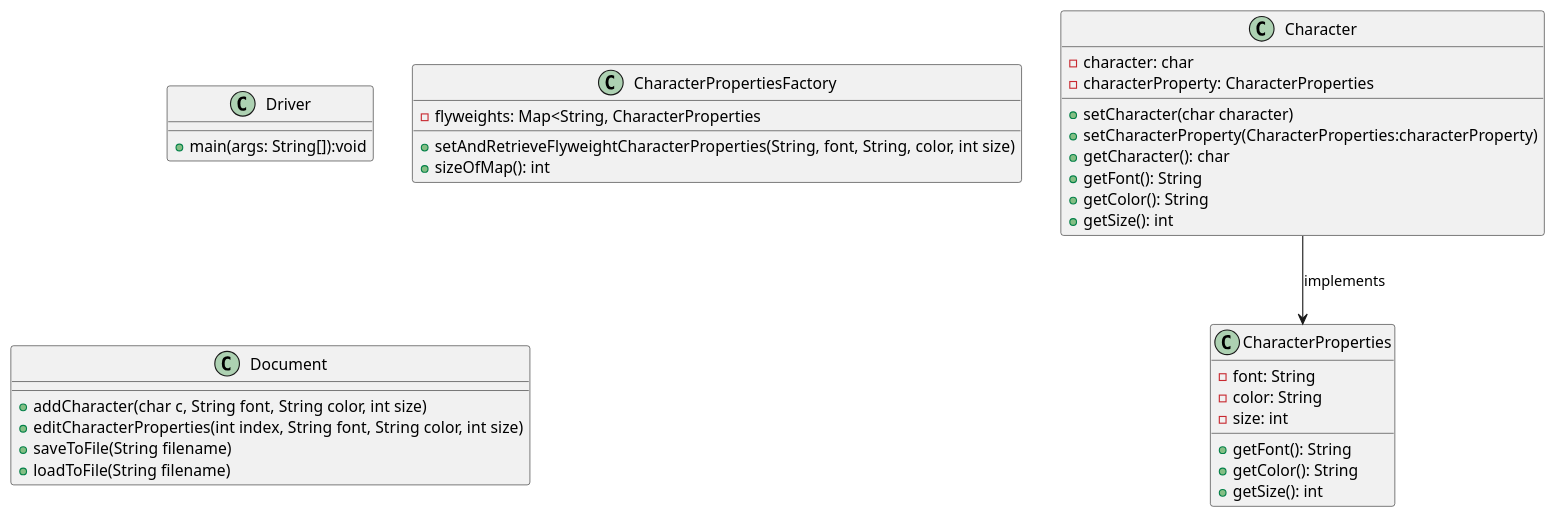
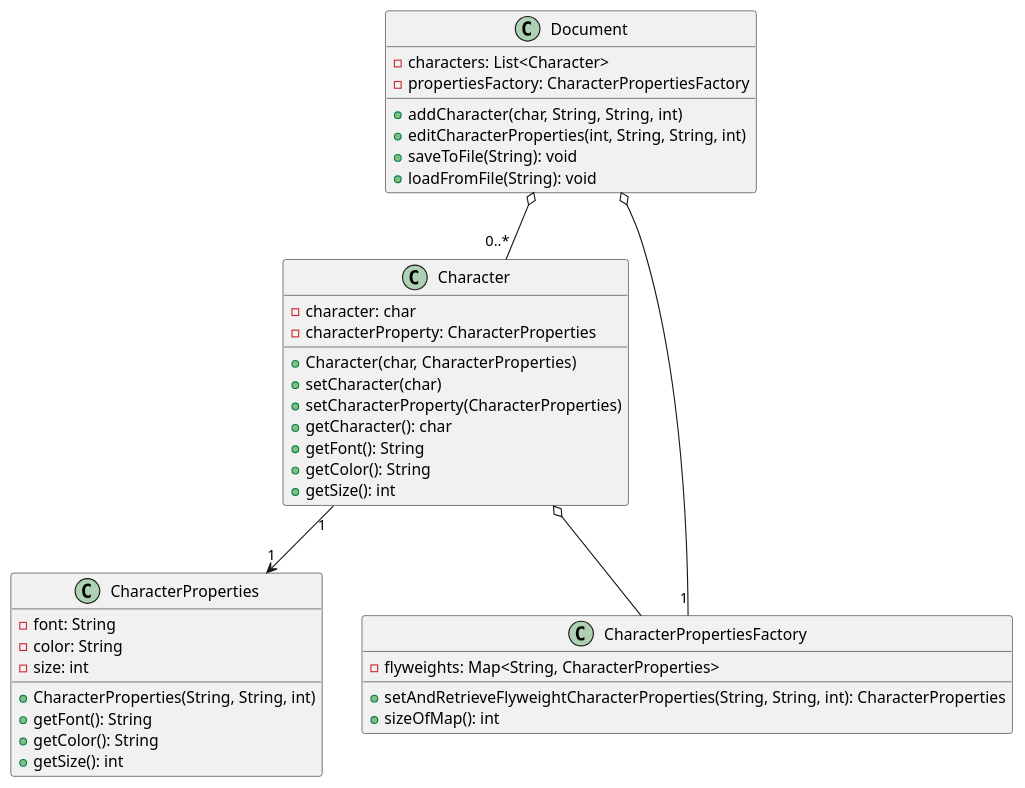
One commit to RoaringCamels/CS5800-Adv-Software-Engineering changed the diagram in Quiz 2/UML Diagram/flyweightClass.puml. Above: the diagram before and after it, drawn with PlantUML. The commit also changed 2 other files, not shown here.

```diff
--- a/Quiz 2/UML Diagram/flyweightClass.puml
+++ b/Quiz 2/UML Diagram/flyweightClass.puml
@@ -1,43 +1,45 @@
 @startuml aggregationObjectDiagram
 
-class Driver{
-    + main(args: String[]):void
-}
-
-class Character{
+class Character {
     - character: char
-    - characterProperty: CharacterProperties 
-    + setCharacter(char character)
-    + setCharacterProperty(CharacterProperties:characterProperty)
+    - characterProperty: CharacterProperties
+    + Character(char, CharacterProperties)
+    + setCharacter(char)
+    + setCharacterProperty(CharacterProperties)
     + getCharacter(): char
     + getFont(): String
     + getColor(): String
     + getSize(): int
 }
 
-class CharacterProperties{
-   - font: String
-   - color: String
-   - size: int
-   + getFont(): String
-   + getColor(): String
-   + getSize(): int
+class CharacterProperties {
+    - font: String
+    - color: String
+    - size: int
+    + CharacterProperties(String, String, int)
+    + getFont(): String
+    + getColor(): String
+    + getSize(): int
 }
 
-class CharacterPropertiesFactory{
-     - flyweights: Map<String, CharacterProperties
-    + setAndRetrieveFlyweightCharacterProperties(String, font, String, color, int size)
+class CharacterPropertiesFactory {
+    - flyweights: Map<String, CharacterProperties>
+    + setAndRetrieveFlyweightCharacterProperties(String, String, int): CharacterProperties
     + sizeOfMap(): int
 }
 
-class Document{
-    + addCharacter(char c, String font, String color, int size)
-    + editCharacterProperties(int index, String font, String color, int size)
-    + saveToFile(String filename)
-    + loadToFile(String filename)
+class Document {
+    - characters: List<Character>
+    - propertiesFactory: CharacterPropertiesFactory
+    + addCharacter(char, String, String, int)
+    + editCharacterProperties(int, String, String, int)
+    + saveToFile(String): void
+    + loadFromFile(String): void
 }
 
-
-Character --> CharacterProperties: implements
+Character "1" --> "1" CharacterProperties
+Character o-- CharacterPropertiesFactory
+Document o-- "1" CharacterPropertiesFactory
+Document o-- "0..*" Character
 
 @enduml
```
